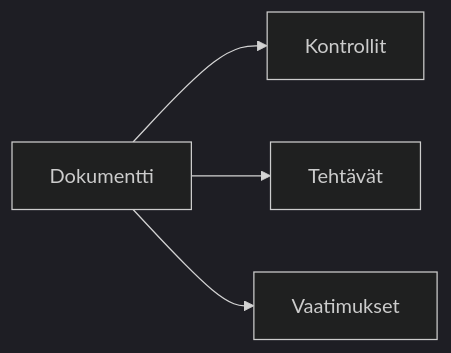
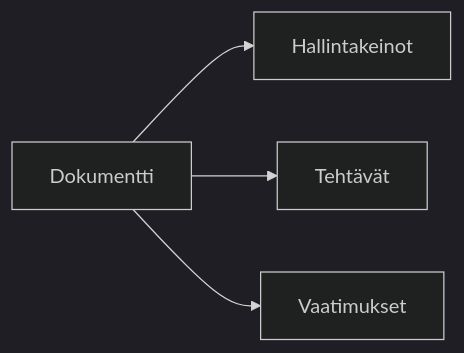
Before and after one commit to tekve/gover-docs: the diagram in i18n/fi/docusaurus-plugin-content-docs/current/user-guide/documents/overview.md, drawn with Mermaid (dark theme). The commit also changed other lines of this file and 38 other files, not shown here.

Commit message:
Rename Kontrollit to Hallintakeinot in Finnish

````diff
--- a/i18n/fi/docusaurus-plugin-content-docs/current/user-guide/documents/overview.md
+++ b/i18n/fi/docusaurus-plugin-content-docs/current/user-guide/documents/overview.md
@@ -51,6 +51,6 @@
 ```mermaid
 flowchart LR
-    D[Dokumentti] --> C[Kontrollit]
+    D[Dokumentti] --> C[Hallintakeinot]
     D --> T[Tehtävät]
     D --> R[Vaatimukset]
 ```
````
